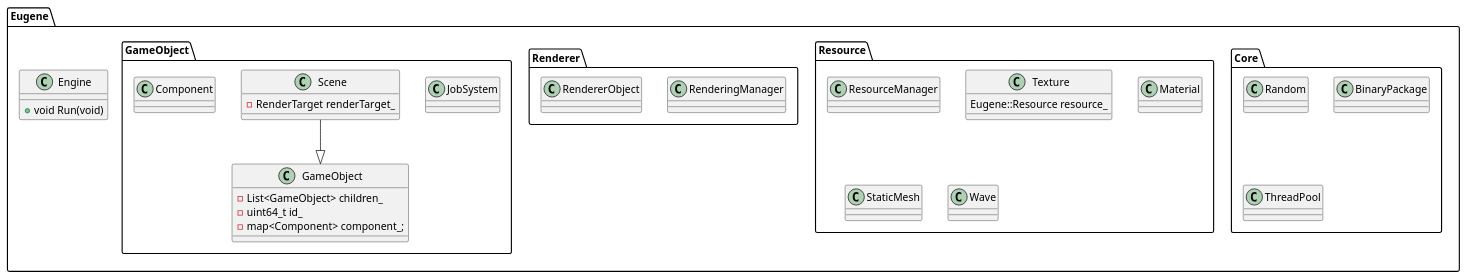
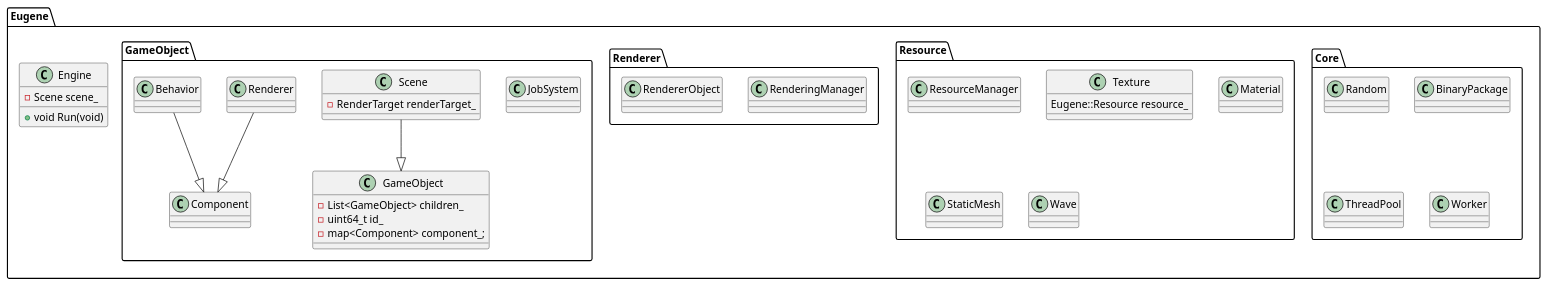
The diagram in Document/PlantUml/ClassDiagram.wsd (eugene-hanada/Eugene), drawn with PlantUML before and after one commit.

```diff
--- a/Document/PlantUml/ClassDiagram.wsd
+++ b/Document/PlantUml/ClassDiagram.wsd
@@ -1,97 +1,119 @@
 @startuml ClassDiagram
 
 namespace Eugene {
 
    class Engine
    {
         + void Run(void)
+        - Scene scene_
    }
 
    namespace Core  {
         class Random
         {
             
         }
 
         class BinaryPackage
         {
 
         }
 
         class ThreadPool
+        {
+
+        }
+
+        class Worker
         {
 
         }
    }
 
    namespace Resource {
         class ResourceManager
         {
 
         }
 
         class Texture
         {
             Eugene::Resource resource_
         }
 
         class Material
         {
 
         }
 
         class StaticMesh
         {
 
         }
 
         class Wave
         {
 
         }
 
    }
 
    namespace Renderer {
         class RenderingManager
         {
 
         }
 
         class RendererObject
         {
 
         }
    }
 
    namespace GameObject{
 
         class JobSystem
         {
 
         }
 
         class GameObject
         {
             - List<GameObject> children_
             - uint64_t id_
             - map<Component> component_;
         }
 
         class Scene 
         {
 
             - RenderTarget renderTarget_
         }
 
         Scene --|> GameObject
 
         class Component
         {
             
         }
 
+        class Renderer
+        {
+
+        }
+
+        Renderer --|> Component
+
+        class Behavior
+        {
+
+        }
+
+        Behavior --|> Component
+
+        
+
    }
 }
 
 @enduml
```
